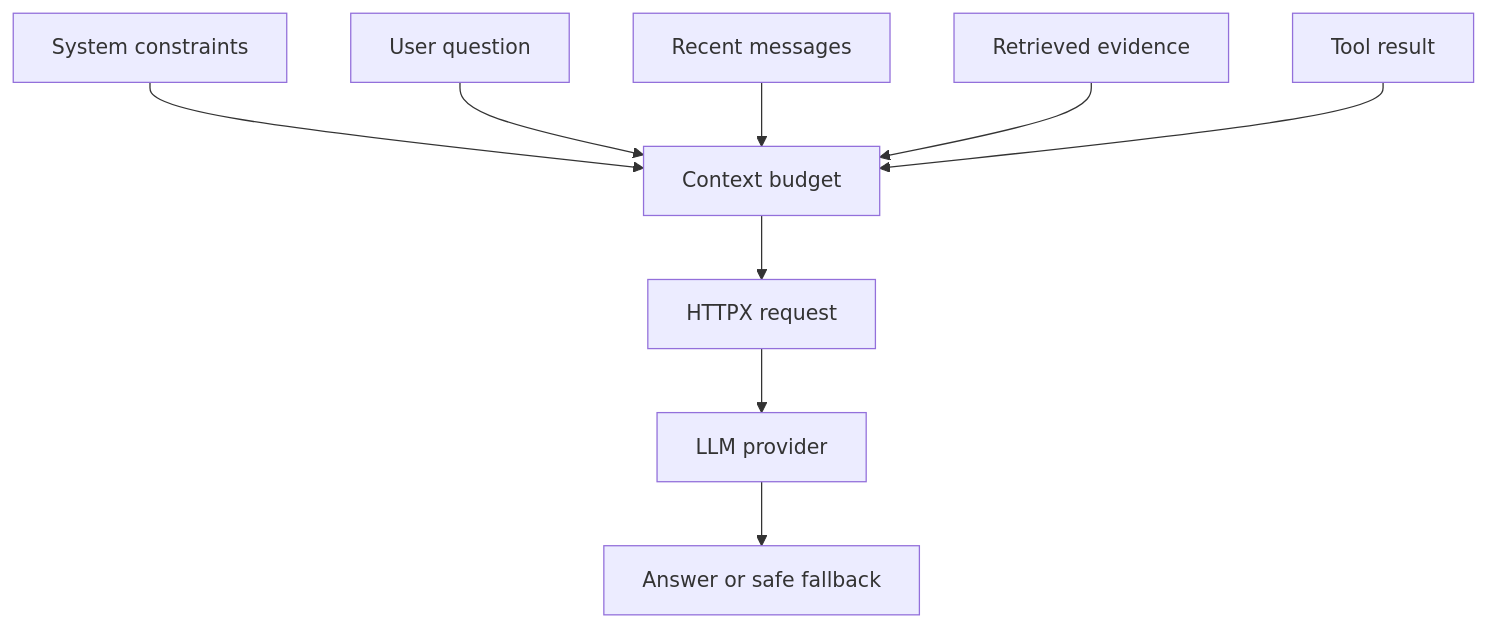
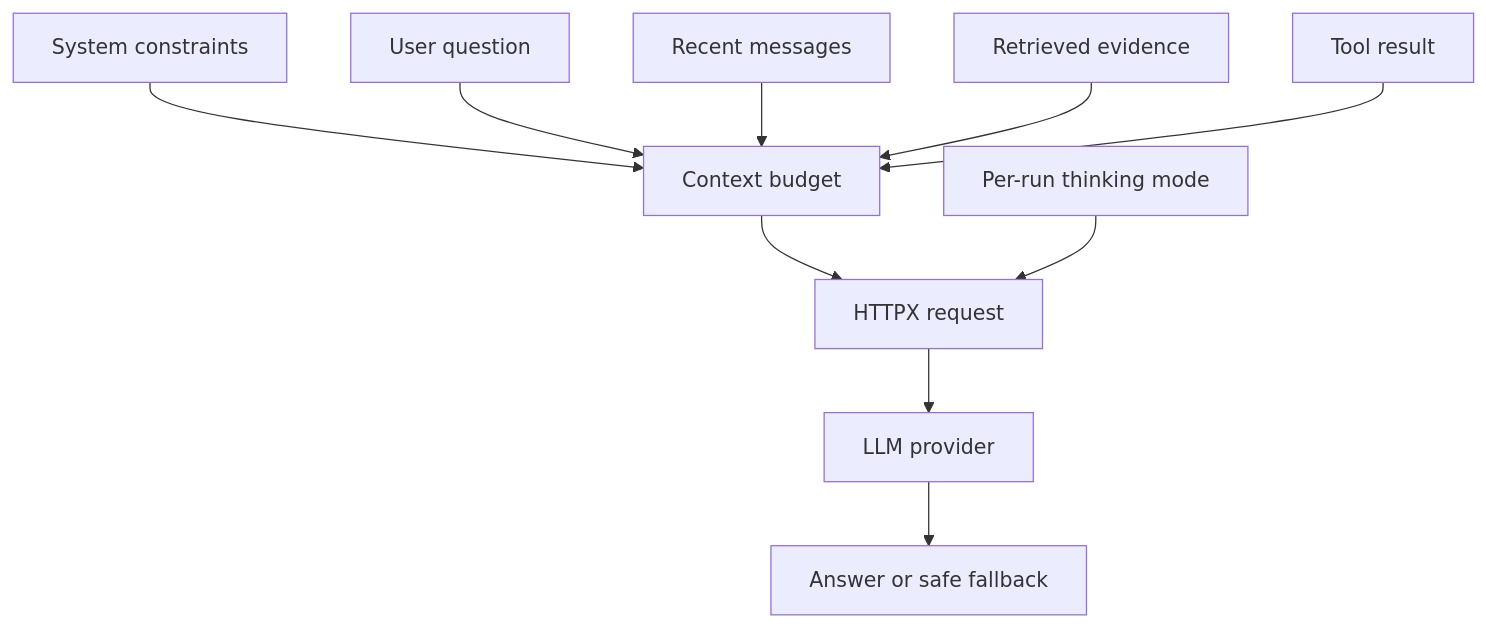
One commit to francis3253161180-maker/researchflow-agent changed the tenth of 14 diagrams in docs/knowledge-maps.md. Above: the diagram before and after it, drawn with Mermaid. The commit also changed other lines of this file and 18 other files, not shown here.

````diff
--- a/docs/knowledge-maps.md
+++ b/docs/knowledge-maps.md
@@ -213,19 +215,21 @@
 ```mermaid
 flowchart TB
     SYSTEM[System constraints]
     QUESTION[User question]
     MEMORY[Recent messages]
     CONTEXT[Retrieved evidence]
     TOOL[Tool result]
+    THINKING[Per-run thinking mode]
     BUDGET[Context budget]
     REQUEST[HTTPX request]
     MODEL[LLM provider]
     OUTPUT[Answer or safe fallback]
 
     SYSTEM --> BUDGET
     QUESTION --> BUDGET
     MEMORY --> BUDGET
     CONTEXT --> BUDGET
     TOOL --> BUDGET
     BUDGET --> REQUEST --> MODEL --> OUTPUT
+    THINKING --> REQUEST
 ```
````
